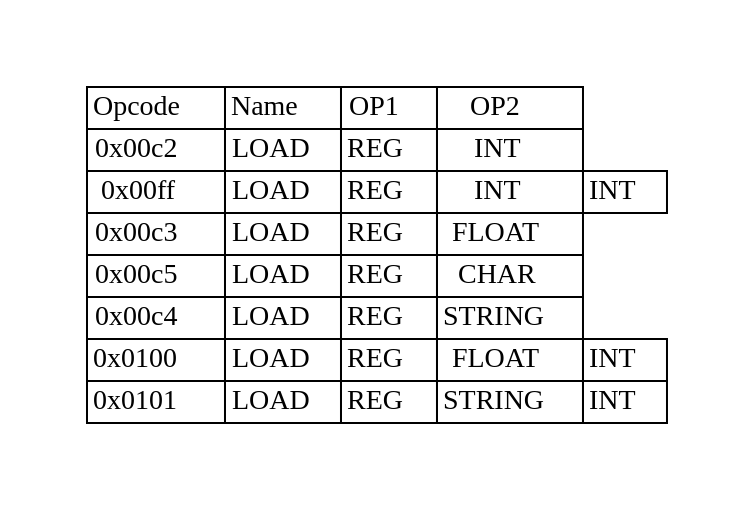
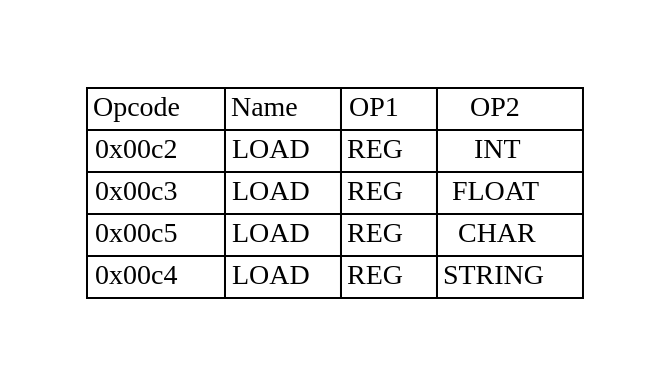
The diagram in docs/books/crexx_vm_spec/svg/load.gv (adesutherland/CREXX), drawn with Graphviz before and after one commit. The commit also changed 207 other files, not shown here.

```diff
--- a/docs/books/crexx_vm_spec/svg/load.gv
+++ b/docs/books/crexx_vm_spec/svg/load.gv
@@ -1,15 +1,12 @@
 digraph{
 graph [pad="0.5", nodesep="0.5", ranksep="2" ]
 node[shape=plain]
 Foo [label=<
 <table border="0" cellborder="1" cellspacing="0">
 <tr><td> Opcode </td> <td> Name </td> <td> OP1 </td><td> OP2 </td> </tr>
 <tr><td> 0x00c2 </td><td> LOAD </td><td> REG </td><td> INT </td> </tr>
-<tr><td> 0x00ff </td><td> LOAD </td><td> REG </td><td> INT </td><td> INT </td> </tr>
 <tr><td> 0x00c3 </td><td> LOAD </td><td> REG </td><td> FLOAT </td> </tr>
 <tr><td> 0x00c5 </td><td> LOAD </td><td> REG </td><td> CHAR </td> </tr>
 <tr><td> 0x00c4 </td><td> LOAD </td><td> REG </td><td> STRING </td> </tr>
-<tr><td> 0x0100 </td><td> LOAD </td><td> REG </td><td> FLOAT </td><td> INT </td> </tr>
-<tr><td> 0x0101 </td><td> LOAD </td><td> REG </td><td> STRING </td><td> INT </td> </tr>
 </table>>];
 }
```
